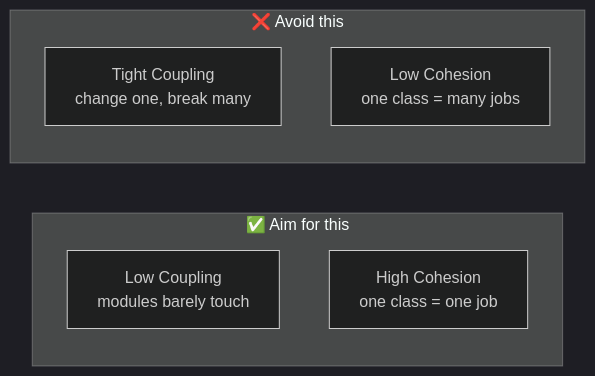
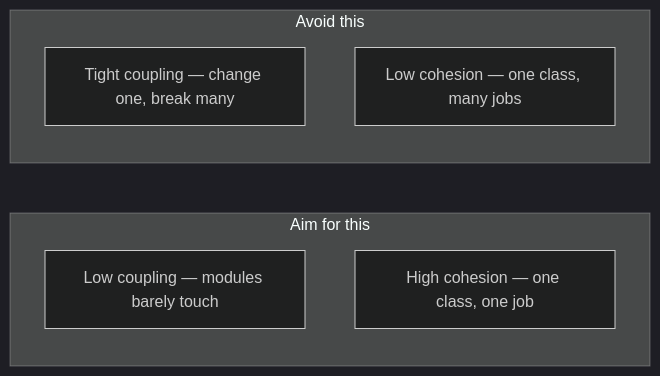
The first of 2 diagrams in src/modules/oop/content/03-relationships/02-coupling-and-cohesion.md (mohammad-mriesh-job/cortex), drawn with Mermaid (dark theme) before and after one commit. The commit also changed other lines of this file and 257 other files, not shown here.

````diff
--- a/src/modules/oop/content/03-relationships/02-coupling-and-cohesion.md
+++ b/src/modules/oop/content/03-relationships/02-coupling-and-cohesion.md
@@ -17,13 +17,13 @@
 ```mermaid
 flowchart LR
-    subgraph GOOD["✅ Aim for this"]
+    subgraph GOOD["Aim for this"]
       direction TB
-      A["Low Coupling<br/>modules barely touch"]
-      B["High Cohesion<br/>one class = one job"]
+      A["Low coupling — modules barely touch"]
+      B["High cohesion — one class, one job"]
     end
-    subgraph BAD["❌ Avoid this"]
+    subgraph BAD["Avoid this"]
       direction TB
-      C["Tight Coupling<br/>change one, break many"]
-      D["Low Cohesion<br/>one class = many jobs"]
+      C["Tight coupling — change one, break many"]
+      D["Low cohesion — one class, many jobs"]
     end
 ```
````
